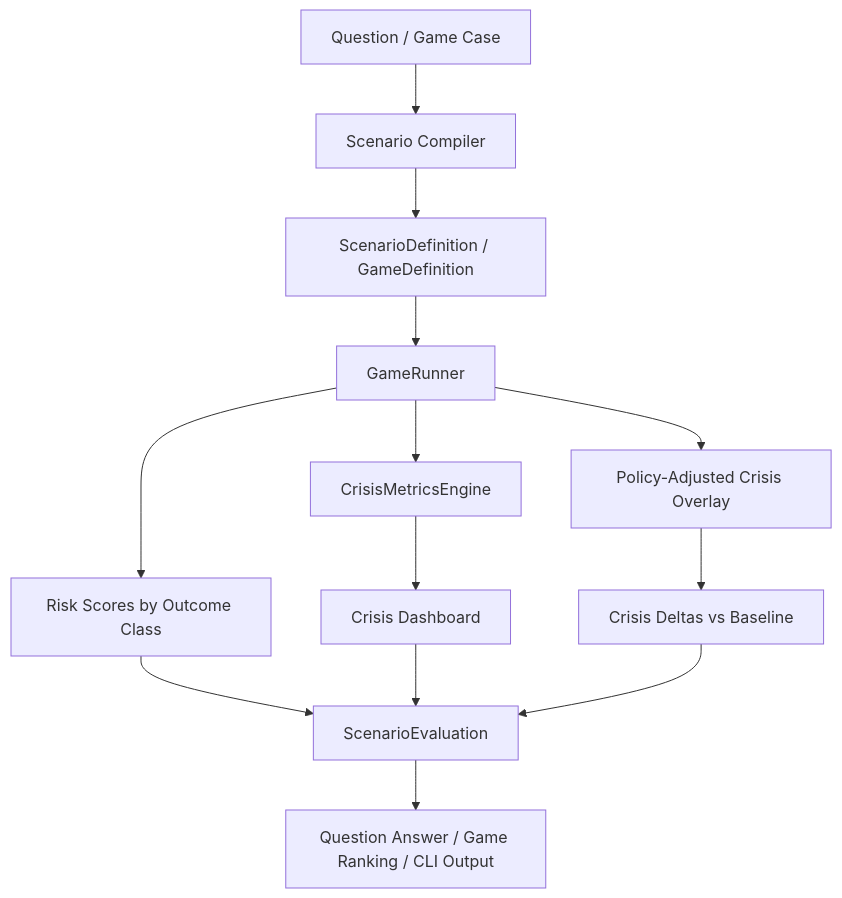
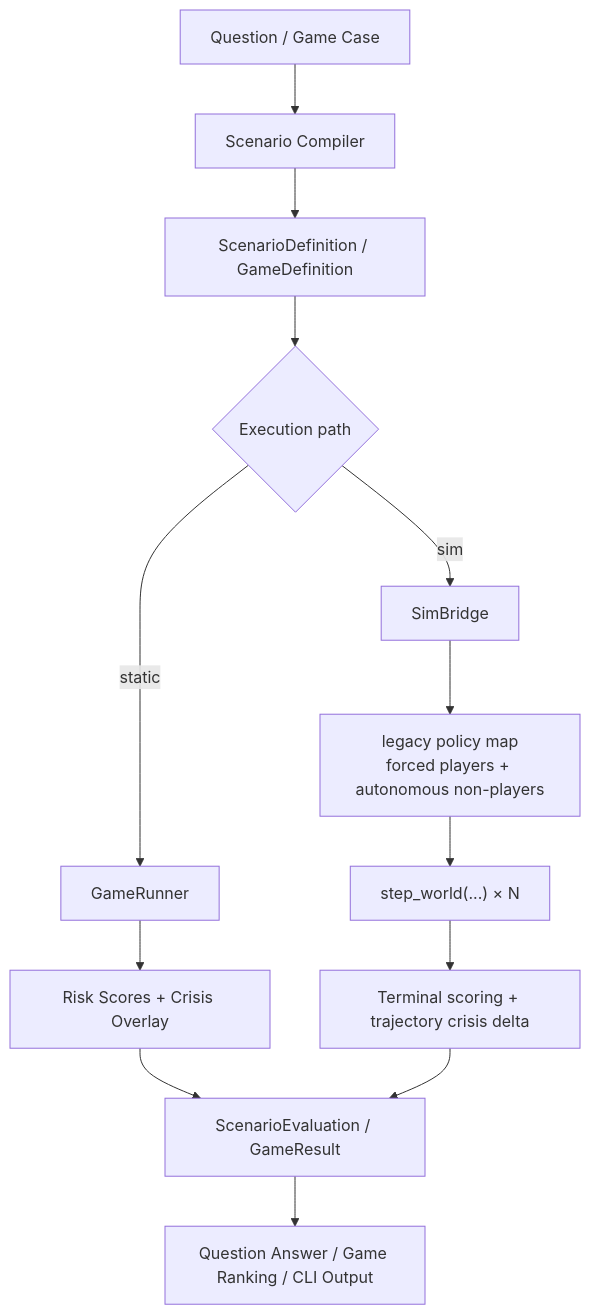
Before and after one commit to Theclimateguy/GIM: the diagram in GIM13.md, drawn with Mermaid. The commit also changed other lines of this file and 16 other files, not shown here.

Commit message:
Integrate GIM13 sim bridge and sync docs

````diff
--- a/GIM13.md
+++ b/GIM13.md
@@ -46,15 +50,15 @@
 ```mermaid
 flowchart TD
     A["Question / Game Case"] --> B["Scenario Compiler"]
     B --> C["ScenarioDefinition / GameDefinition"]
-    C --> D["GameRunner"]
-    D --> E["Risk Scores by Outcome Class"]
-    D --> F["CrisisMetricsEngine"]
-    F --> G["Crisis Dashboard"]
-    D --> H["Policy-Adjusted Crisis Overlay"]
-    H --> I["Crisis Deltas vs Baseline"]
-    E --> J["ScenarioEvaluation"]
-    G --> J
-    I --> J
-    J --> K["Question Answer / Game Ranking / CLI Output"]
+    C --> D{"Execution path"}
+    D -->|static| E["GameRunner"]
+    E --> F["Risk Scores + Crisis Overlay"]
+    D -->|sim| G["SimBridge"]
+    G --> H["legacy policy map<br/>forced players + autonomous non-players"]
+    H --> I["step_world(...) × N"]
+    I --> J["Terminal scoring + trajectory crisis delta"]
+    F --> K["ScenarioEvaluation / GameResult"]
+    J --> K
+    K --> L["Question Answer / Game Ranking / CLI Output"]
 ```
````
